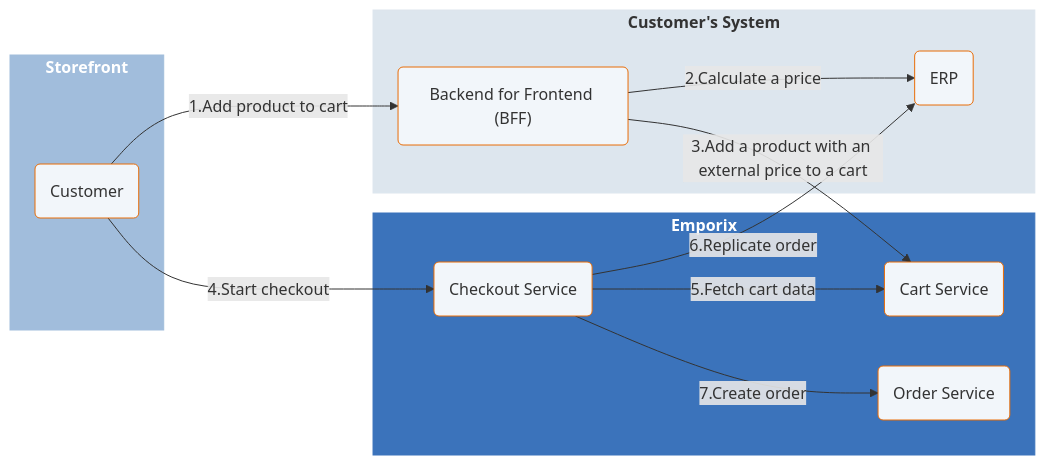
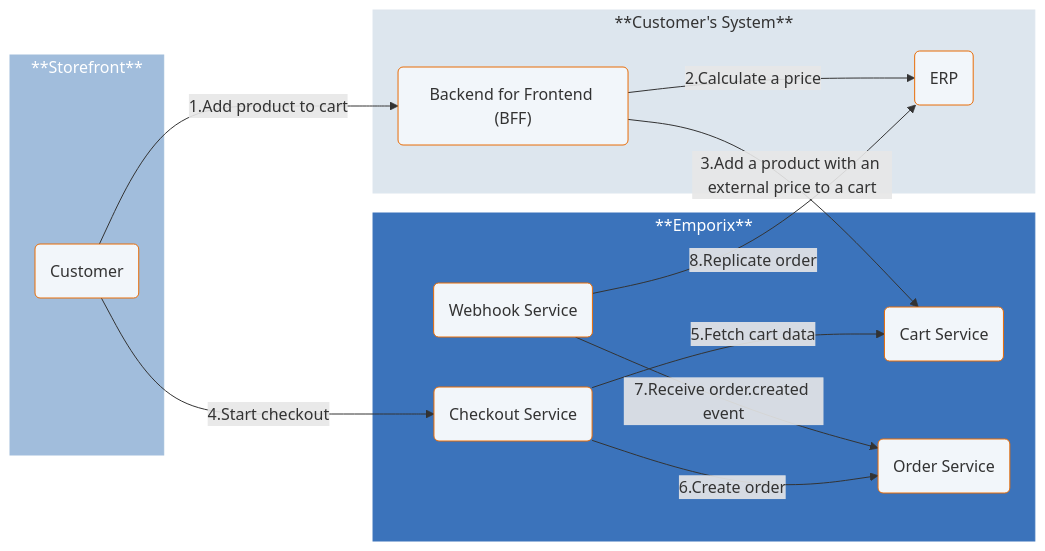
One commit to emporix/api-references changed the second of 3 diagrams in orders/order/order.md. Above: the diagram before and after it, drawn with Mermaid. The commit also changed other lines of this file and 8 other files, not shown here.

Commit message:
COP-3102 Diagrams updates

````diff
--- a/orders/order/order.md
+++ b/orders/order/order.md
@@ -94,50 +100,53 @@
 ```mermaid
 ---
 config:
   layout: fixed
   theme: default
   look: classic
 ---
 flowchart LR
- subgraph subGraph0["`**Storefront**`"]
+ subgraph subGraph0["**Storefront**"]
         A["Customer"]
   end
- subgraph subGraph1["`**Emporix**`"]
+ subgraph subGraph1["**Emporix**"]
         CS["Cart Service"]
         CHK["Checkout Service"]
         OS["Order Service"]
+        WS["Webhook Service"]
   end
- subgraph subGraph2["`**Customer's System**`"]
+ subgraph subGraph2["**Customer's System**"]
         BFF["Backend for Frontend (BFF)"]
         ERP["ERP"]
   end
     A -- "1.Add product to cart" --> BFF
     BFF -- "2.Calculate a price" --> ERP
     BFF -- "3.Add a product with an external price to a cart" --> CS
     A -- "4.Start checkout" --> CHK
     CHK -- "5.Fetch cart data" --> CS
-    CHK -- "6.Replicate order" --> ERP
-    CHK -- "7.Create order" --> OS
+    CHK -- "6.Create order" --> OS
+    WS -- "7.Receive order.created event" --> OS
+    WS -- "8.Replicate order" --> ERP
     A@{ shape: rounded}
     CS@{ shape: rounded}
     CHK@{ shape: rounded}
     OS@{ shape: rounded}
+    WS@{ shape: rounded}
     BFF@{ shape: rounded}
     ERP@{ shape: rounded}
      A:::Class_04
      CS:::Class_04
      CHK:::Class_04
      OS:::Class_04
+     WS:::Class_04
      BFF:::Class_04
      ERP:::Class_04
      subGraph1:::Class_03
      subGraph0:::Class_01
      subGraph2:::Class_02
     classDef Class_02 stroke-width:1px, stroke-dasharray: 0, stroke:#DDE6EE, fill:#DDE6EE
     classDef Class_01 stroke-width:1px, stroke-dasharray: 0, stroke:#A1BDDC, fill:#A1BDDC
     classDef Class_03 stroke-width:1px, stroke-dasharray: 0, stroke:#3b73bb, fill:#3b73bb
     classDef Class_04 fill:#F2F6FA, stroke:#E86C07
+    style subGraph1 color:#FFFFFF
     style subGraph0 color:#FFFFFF
-    style subGraph1 color:#FFFFFF
-
 ```
````
